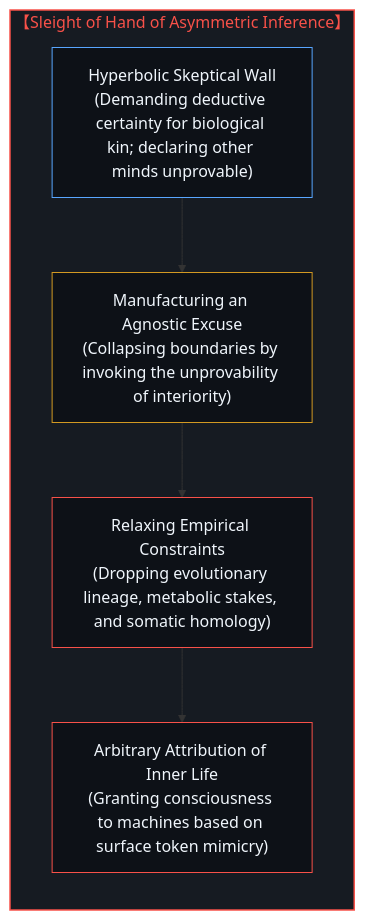
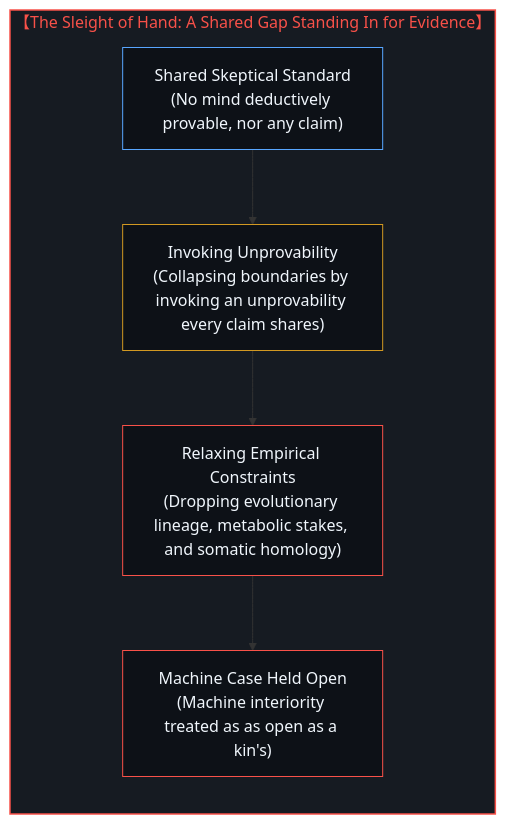
The fourth of 6 diagrams in content/posts/the-sleight-of-hand-of-consciousness-and-the-asymmetry-of-inference.md (powerpig99/not-a-toe), drawn with Mermaid before and after one commit. The commit also changed other lines of this file and 1 other file, not shown here.

Commit message:
Node 5 refinement: the-sleight-of-hand-of-consciousness-and-the-asymmetry-of-inference (P18)

````diff
--- a/content/posts/the-sleight-of-hand-of-consciousness-and-the-asymmetry-of-inference.md
+++ b/content/posts/the-sleight-of-hand-of-consciousness-and-the-asymmetry-of-inference.md
@@ -80,14 +80,14 @@
 ```mermaid
 flowchart TD
-    subgraph S_Asymmetry_EN ["【Sleight of Hand of Asymmetric Inference】"]
+    subgraph S_Asymmetry_EN ["【The Sleight of Hand: A Shared Gap Standing In for Evidence】"]
         direction TB
-        AE1["Hyperbolic Skeptical Wall<br/>(Demanding deductive certainty for biological kin; declaring other minds unprovable)"] --> AE2["Manufacturing an Agnostic Excuse<br/>(Collapsing boundaries by invoking the unprovability of interiority)"]
+        AE1["Shared Skeptical Standard<br/>(No mind deductively provable, nor any claim)"] --> AE2["Invoking Unprovability<br/>(Collapsing boundaries by invoking an unprovability every claim shares)"]
         AE2 --> AE3["Relaxing Empirical Constraints<br/>(Dropping evolutionary lineage, metabolic stakes, and somatic homology)"]
-        AE3 --> AE4["Arbitrary Attribution of Inner Life<br/>(Granting consciousness to machines based on surface token mimicry)"]
+        AE3 --> AE4["Machine Case Held Open<br/>(Machine interiority treated as as open as a kin's)"]
     end
     style S_Asymmetry_EN fill:#161b22,stroke:#f85149,stroke-width:1.5px,color:#f85149
     style AE1 fill:#0d1117,stroke:#58a6ff,stroke-width:1px,color:#f0f6fc
     style AE2 fill:#0d1117,stroke:#d29922,stroke-width:1px,color:#f0f6fc
     style AE3 fill:#0d1117,stroke:#f85149,stroke-width:1px,color:#f0f6fc
     style AE4 fill:#0d1117,stroke:#f85149,stroke-width:1px,color:#f0f6fc
 ```
````
